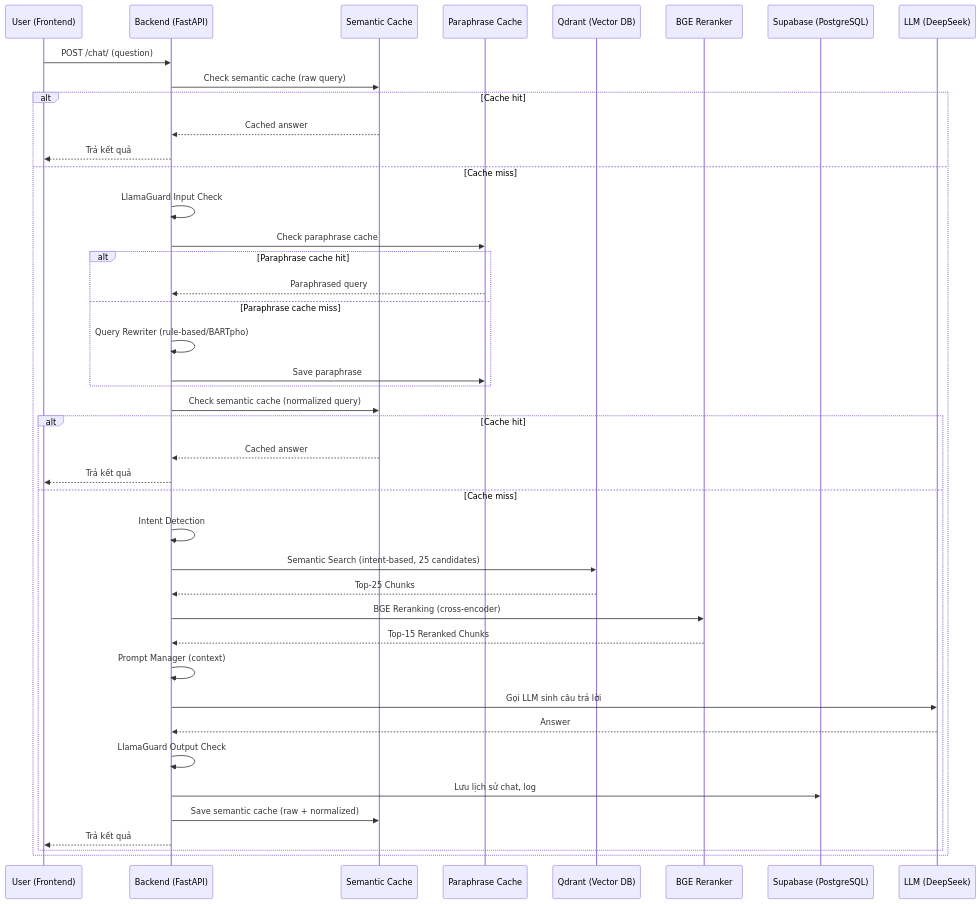
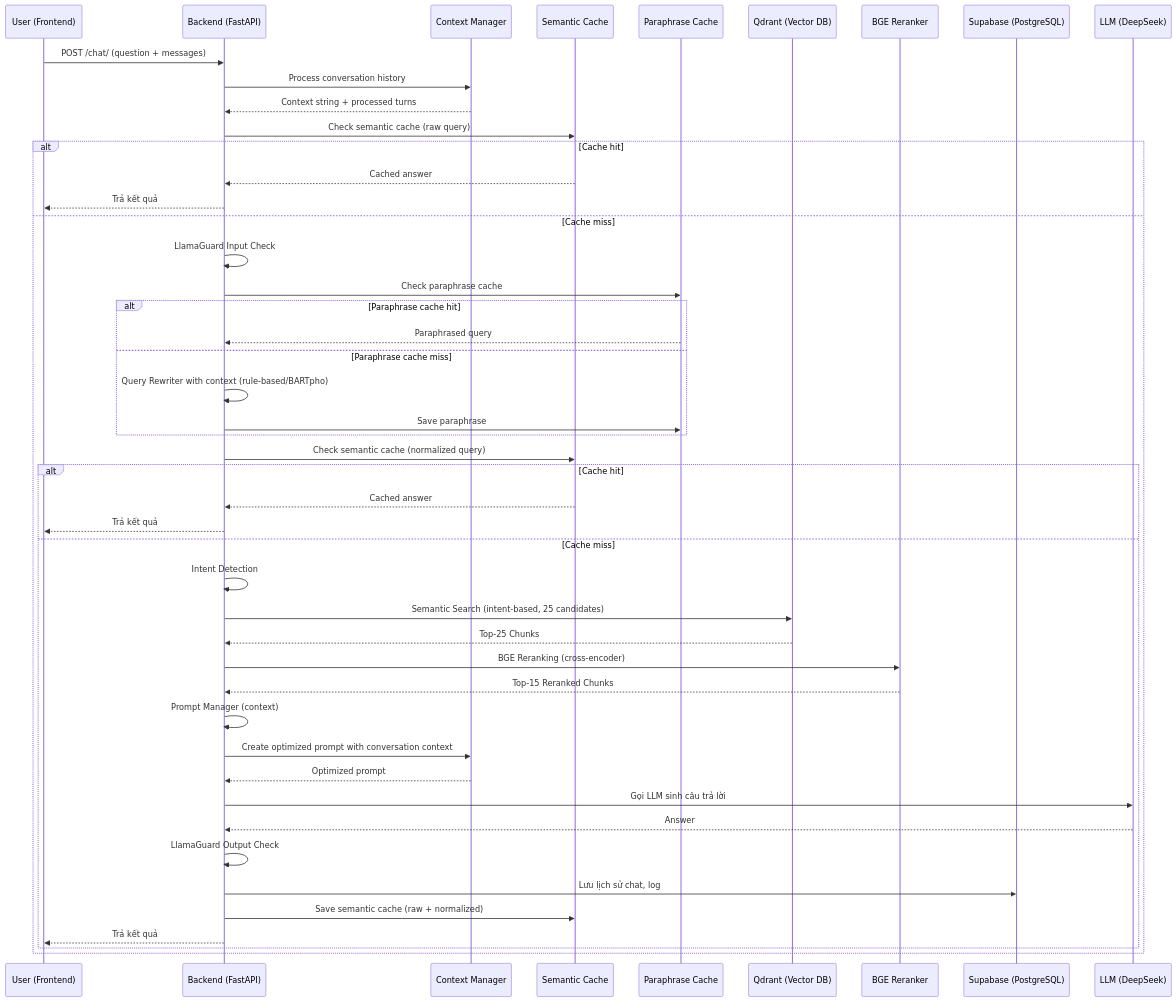
The second of 2 diagrams in docs/Workflow.md (tuananhne1110/Cutru_chatbot), drawn with Mermaid before and after one commit. The commit also changed other lines of this file and 6 other files, not shown here.

````diff
--- a/docs/Workflow.md
+++ b/docs/Workflow.md
@@ -85,44 +121,49 @@
 ```mermaid
 sequenceDiagram
     participant U as User (Frontend)
     participant B as Backend (FastAPI)
+    participant CM as Context Manager
     participant C as Semantic Cache
     participant P as Paraphrase Cache
     participant Q as Qdrant (Vector DB)
     participant R as BGE Reranker
     participant S as Supabase (PostgreSQL)
     participant L as LLM (DeepSeek)
-    U->>B: POST /chat/ (question)
+    U->>B: POST /chat/ (question + messages)
+    B->>CM: Process conversation history
+    CM-->>B: Context string + processed turns
     B->>C: Check semantic cache (raw query)
     alt Cache hit
         C-->>B: Cached answer
         B-->>U: Trả kết quả
     else Cache miss
-        B->>B: LlamaGuard Input Check
+    B->>B: LlamaGuard Input Check
         B->>P: Check paraphrase cache
         alt Paraphrase cache hit
             P-->>B: Paraphrased query
         else Paraphrase cache miss
-            B->>B: Query Rewriter (rule-based/BARTpho)
+            B->>B: Query Rewriter with context (rule-based/BARTpho)
             B->>P: Save paraphrase
         end
         B->>C: Check semantic cache (normalized query)
         alt Cache hit
             C-->>B: Cached answer
             B-->>U: Trả kết quả
         else Cache miss
-            B->>B: Intent Detection
-            B->>Q: Semantic Search (intent-based, 25 candidates)
-            Q-->>B: Top-25 Chunks
-            B->>R: BGE Reranking (cross-encoder)
-            R-->>B: Top-15 Reranked Chunks
-            B->>B: Prompt Manager (context)
-            B->>L: Gọi LLM sinh câu trả lời
-            L-->>B: Answer
-            B->>B: LlamaGuard Output Check
-            B->>S: Lưu lịch sử chat, log
+    B->>B: Intent Detection
+    B->>Q: Semantic Search (intent-based, 25 candidates)
+    Q-->>B: Top-25 Chunks
+    B->>R: BGE Reranking (cross-encoder)
+    R-->>B: Top-15 Reranked Chunks
+    B->>B: Prompt Manager (context)
+    B->>CM: Create optimized prompt with conversation context
+    CM-->>B: Optimized prompt
+    B->>L: Gọi LLM sinh câu trả lời
+    L-->>B: Answer
+    B->>B: LlamaGuard Output Check
+    B->>S: Lưu lịch sử chat, log
             B->>C: Save semantic cache (raw + normalized)
             B-->>U: Trả kết quả
         end
     end
 ```
````
